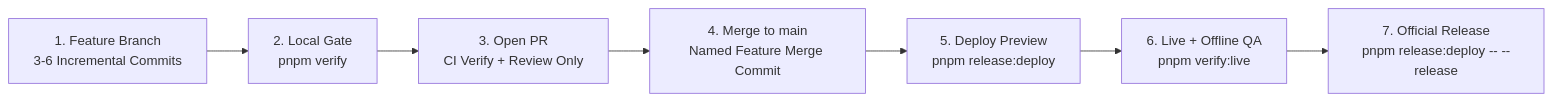
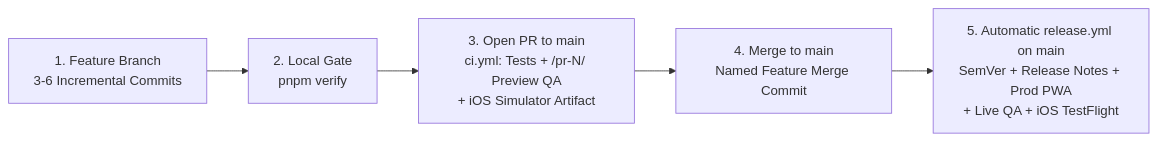
Before and after one commit to TandyN/simple-budget-app: the diagram in docs/workflow.md, drawn with Mermaid. The commit also changed other lines of this file and 4 other files, not shown here.

First line of the commit message:
docs(workflow): document trunk-based PR previews and automated release.yml pipeline (agent-generated)

````diff
--- a/docs/workflow.md
+++ b/docs/workflow.md
@@ -58,9 +55,7 @@
 ```mermaid
 flowchart LR
   BRANCH["1. Feature Branch\n3-6 Incremental Commits"] --> VERIFY["2. Local Gate\npnpm verify"]
-  VERIFY --> PR["3. Open PR\nCI Verify + Review Only"]
+  VERIFY --> PR["3. Open PR to main\nci.yml: Tests + /pr-N/ Preview QA\n+ iOS Simulator Artifact"]
   PR --> MERGE["4. Merge to main\nNamed Feature Merge Commit"]
-  MERGE --> DEPLOY["5. Deploy Preview\npnpm release:deploy"]
-  DEPLOY --> LIVEQA["6. Live + Offline QA\npnpm verify:live"]
-  LIVEQA --> RELEASE["7. Official Release\npnpm release:deploy -- --release"]
+  MERGE --> RELEASE["5. Automatic release.yml on main\nSemVer + Release Notes + Prod PWA\n+ Live QA + iOS TestFlight"]
 ```
````
